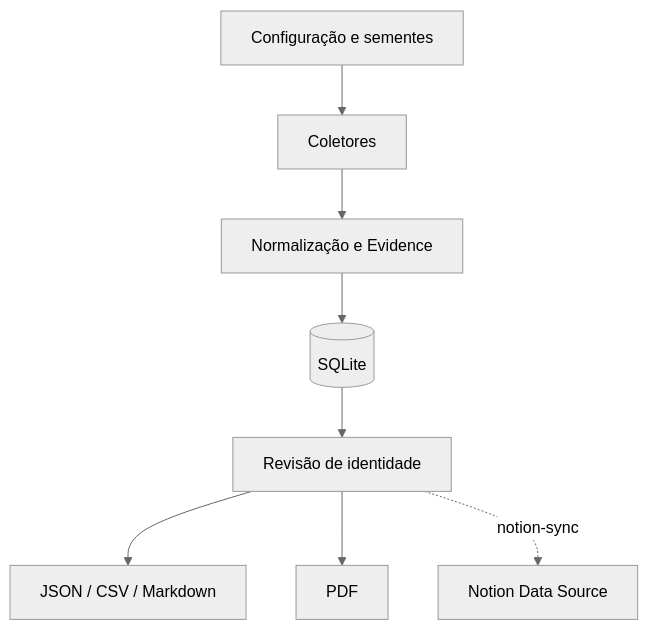
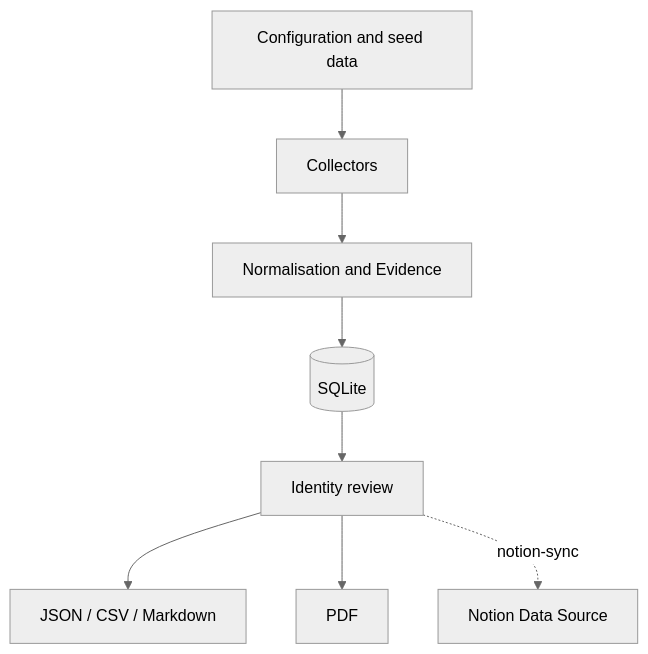
One commit to aridiosilva/Digital_Footprint_Map changed the diagram in README.md. Above: the diagram before and after it, drawn with Mermaid (neutral theme). The commit also changed other lines of this file and 2 other files, not shown here.

````diff
--- a/README.md
+++ b/README.md
@@ -194,10 +362,10 @@
 ```mermaid
 flowchart TD
-    A[Configuração e sementes] --> B[Coletores]
-    B --> C[Normalização e Evidence]
+    A[Configuration and seed data] --> B[Collectors]
+    B --> C[Normalisation and Evidence]
     C --> D[(SQLite)]
-    D --> E[Revisão de identidade]
+    D --> E[Identity review]
     E --> F[JSON / CSV / Markdown]
     E --> G[PDF]
     E -. notion-sync .-> H[Notion Data Source]
 ```
````
